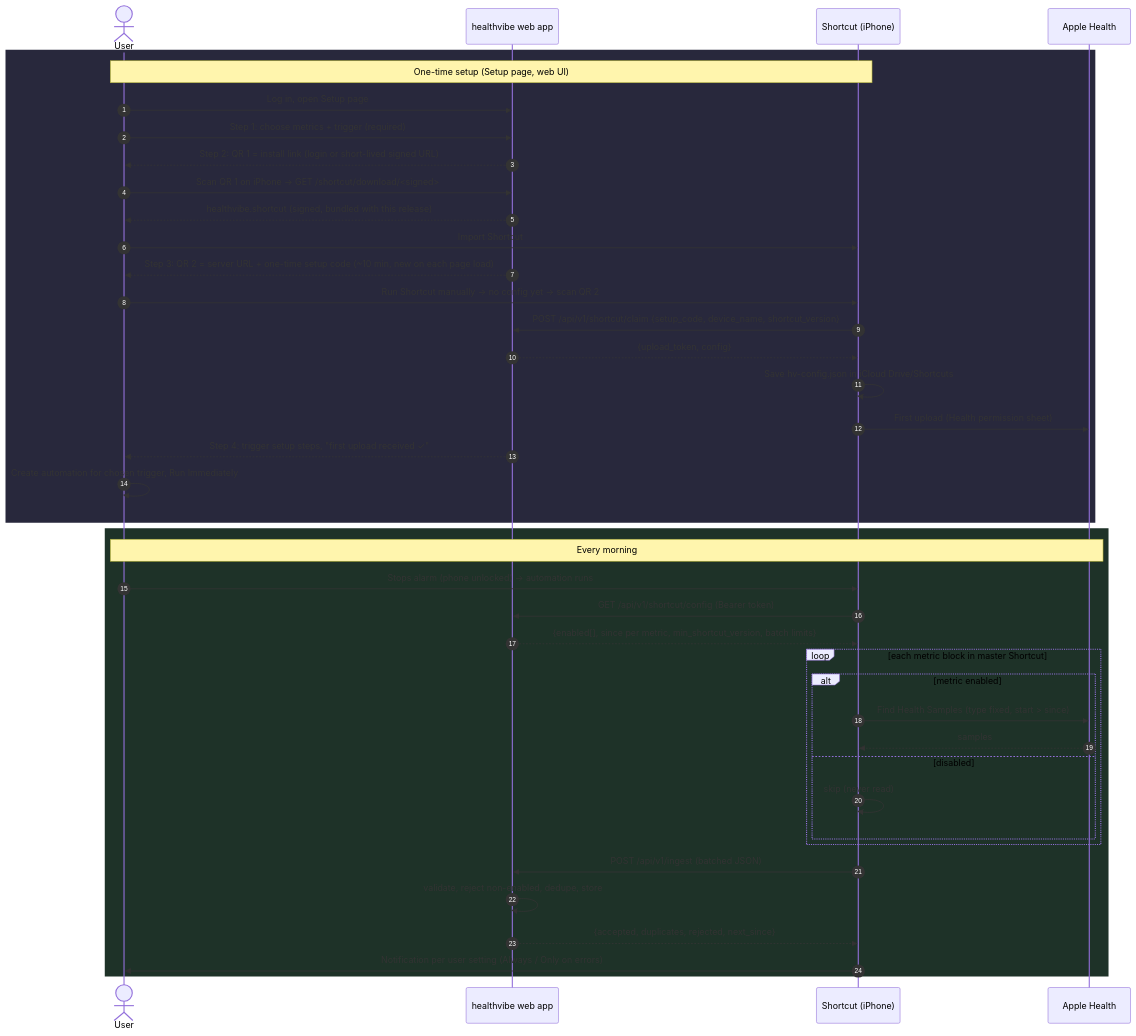
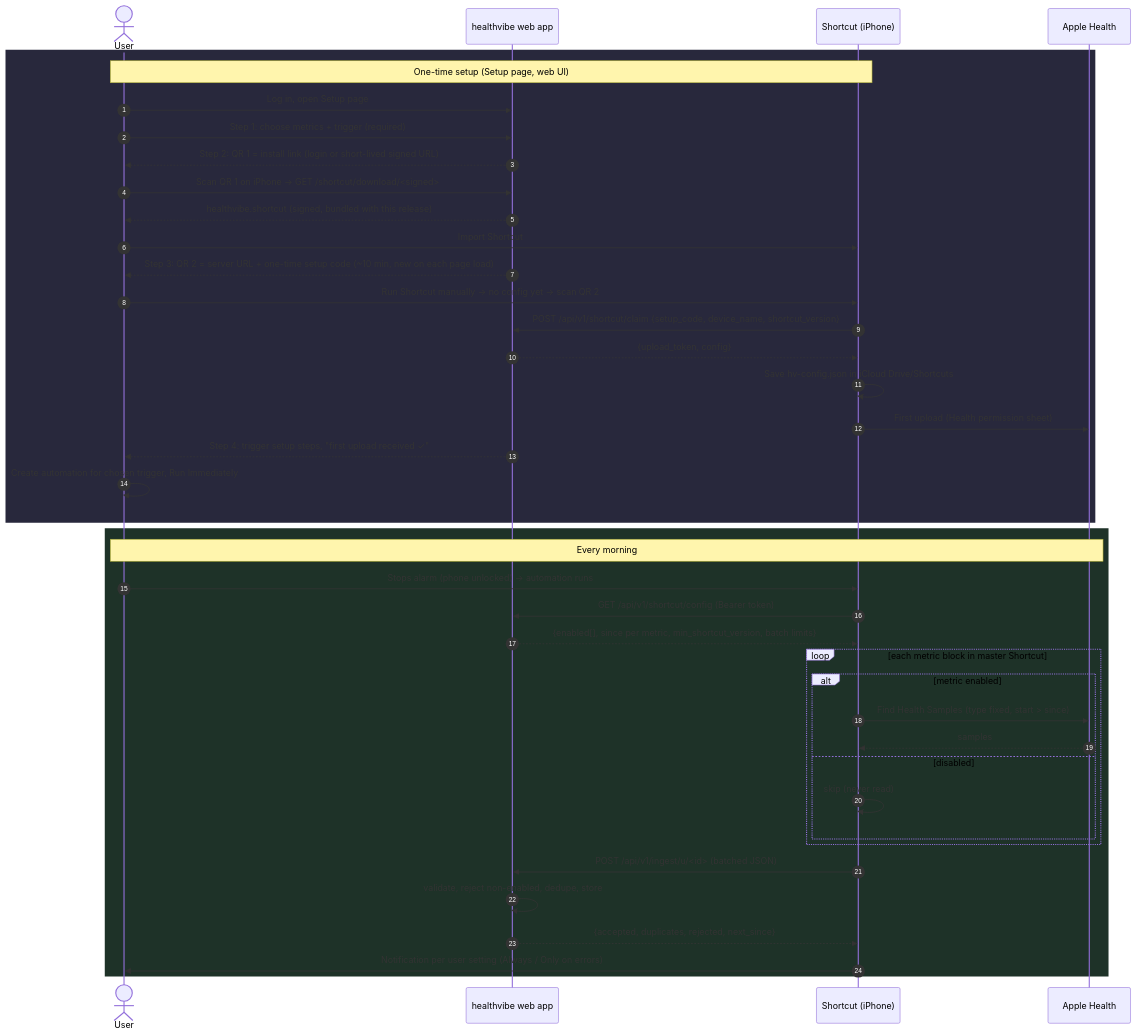
Before and after one commit to mortbrew/healthvibe: the diagram in docs/shortcut-design.md, drawn with Mermaid. The commit also changed other lines of this file and 4 other files, not shown here.

````diff
--- a/docs/shortcut-design.md
+++ b/docs/shortcut-design.md
@@ -23,45 +23,45 @@
 ```mermaid
 sequenceDiagram
     autonumber
     actor U as User
     participant W as healthvibe web app
     participant S as Shortcut (iPhone)
     participant H as Apple Health
 
     rect rgb(40,40,60)
     note over U,S: One-time setup (Setup page, web UI)
     U->>W: Log in, open Setup page
     U->>W: Step 1: choose metrics + trigger (required)
     W-->>U: Step 2: QR 1 = install link (login or short-lived signed URL)
     U->>W: Scan QR 1 on iPhone → GET /shortcut/download/<signed>
     W-->>U: healthvibe.shortcut (signed, bundled with this release)
     U->>S: Import Shortcut
     W-->>U: Step 3: QR 2 = server URL + one-time setup code (~10 min, new on each page load)
     U->>S: Run Shortcut manually → no config yet → scan QR 2
     S->>W: POST /api/v1/shortcut/claim {setup_code, device_name, shortcut_version}
     W-->>S: {upload_token, config}
     S->>S: Save hv-config.json in iCloud Drive/Shortcuts
     S->>H: First upload (Health permission sheet)
     W-->>U: Step 4: trigger setup steps, "first upload received ✓"
     U->>U: Create automation for chosen trigger, Run Immediately
     end
 
     rect rgb(30,50,40)
     note over U,H: Every morning
     U->>S: Stops alarm (phone unlocked) → automation runs
     S->>W: GET /api/v1/shortcut/config (Bearer token)
     W-->>S: {enabled[], since per metric, min_shortcut_version, batch limits}
     loop each metric block in master Shortcut
         alt metric enabled
             S->>H: Find Health Samples (type fixed, start > since)
             H-->>S: samples
         else disabled
             S->>S: skip (never read)
         end
     end
-    S->>W: POST /api/v1/ingest (batched JSON)
+    S->>W: POST /api/v1/ingest/u/<id> (batched JSON)
     W->>W: validate, reject non-enabled, dedupe, store
     W-->>S: {accepted, duplicates, rejected, next_since}
     S->>U: Notification per user setting (Always / Only on errors)
     end
 ```
````
